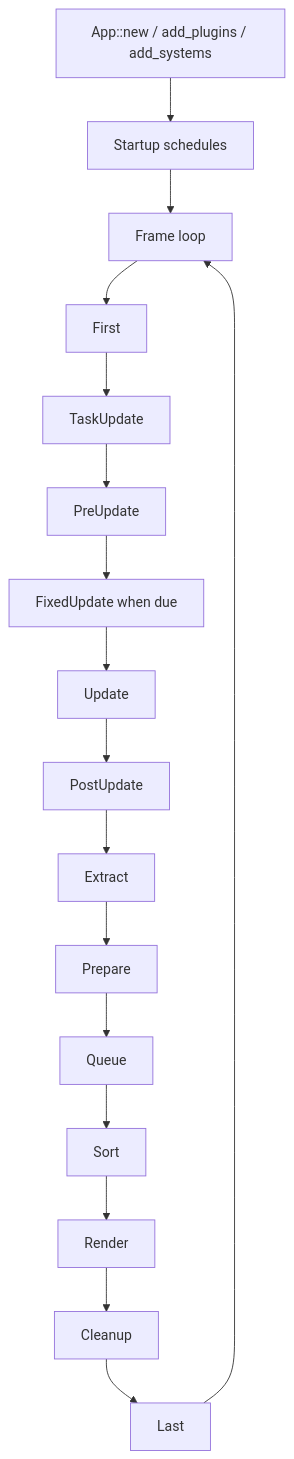
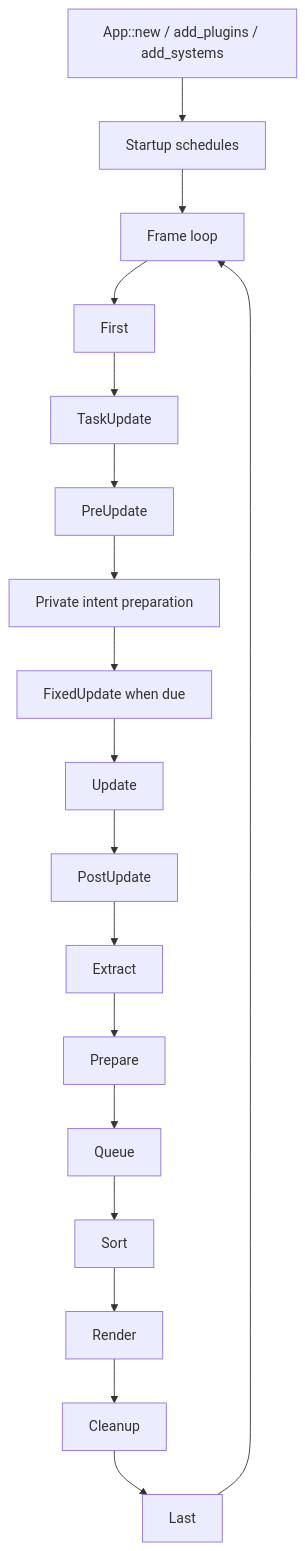
One commit to Latias94/nara changed the diagram in docs/architecture/adr/0003-own-app-plugin-and-schedule-lifecycle.md. Above: the diagram before and after it, drawn with Mermaid. The commit also changed other lines of this file and 14 other files, not shown here.

````diff
--- a/docs/architecture/adr/0003-own-app-plugin-and-schedule-lifecycle.md
+++ b/docs/architecture/adr/0003-own-app-plugin-and-schedule-lifecycle.md
@@ -29,19 +29,20 @@
 ```mermaid
 flowchart TD
     Build[App::new / add_plugins / add_systems] --> Startup[Startup schedules]
     Startup --> Frame[Frame loop]
     Frame --> First[First]
     First --> TaskUpdate[TaskUpdate]
     TaskUpdate --> PreUpdate[PreUpdate]
-    PreUpdate --> FixedUpdate[FixedUpdate when due]
+    PreUpdate --> FrameIntent[Private intent preparation]
+    FrameIntent --> FixedUpdate[FixedUpdate when due]
     FixedUpdate --> Update[Update]
     Update --> PostUpdate[PostUpdate]
     PostUpdate --> Extract[Extract]
     Extract --> Prepare[Prepare]
     Prepare --> Queue[Queue]
     Queue --> Sort[Sort]
     Sort --> Render[Render]
     Render --> Cleanup[Cleanup]
     Cleanup --> Last[Last]
     Last --> Frame
 ```
````
